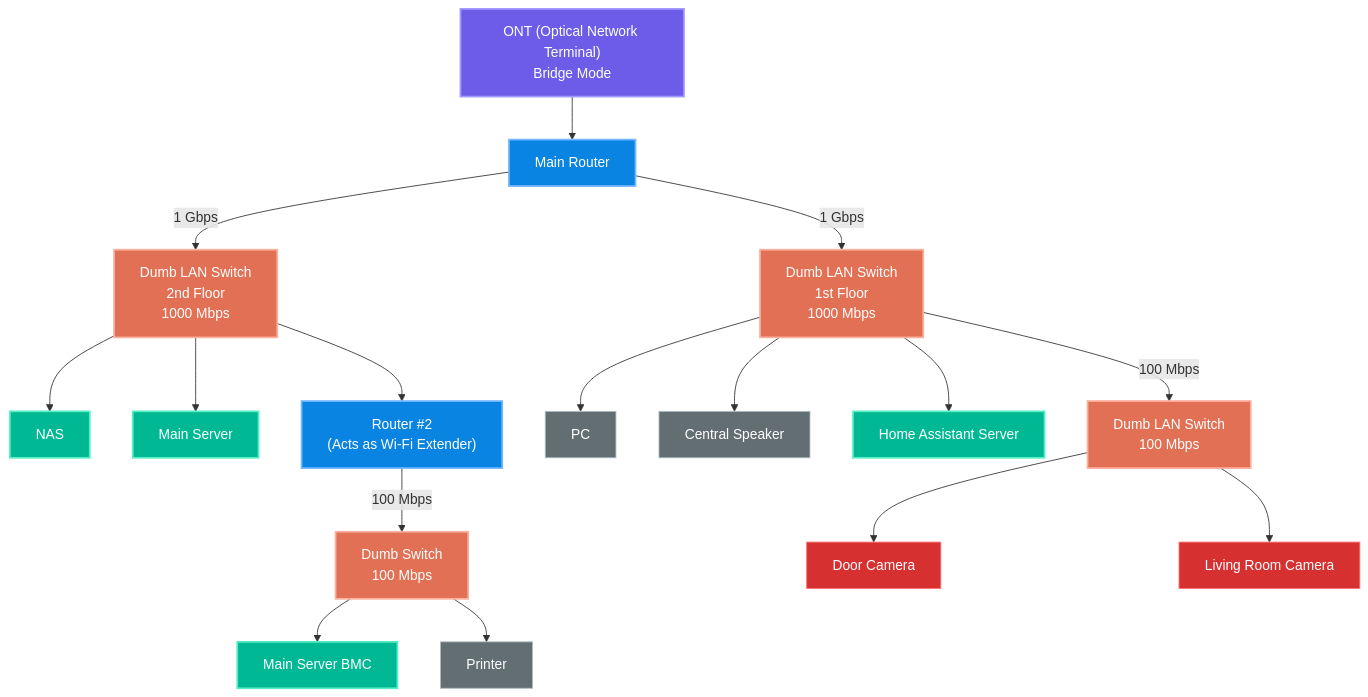
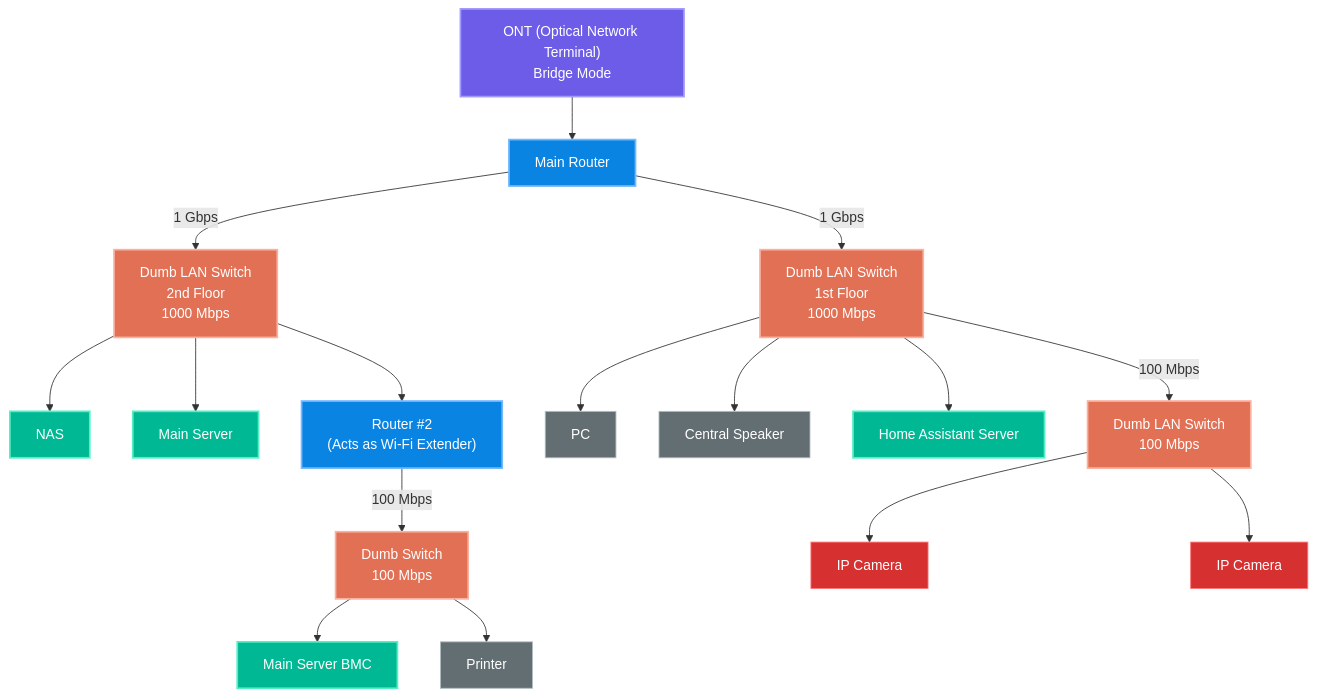
One commit to leodenglovescode/leodeng.dev changed the diagram in src/posts/explaining-my-weird-home-network-services-setup.md. Above: the diagram before and after it, drawn with Mermaid. The commit also changed other lines of this file and 3 other files, not shown here.

````diff
--- a/src/posts/explaining-my-weird-home-network-services-setup.md
+++ b/src/posts/explaining-my-weird-home-network-services-setup.md
@@ -16,67 +16,67 @@
 ```mermaid
 
 	%%{init: {"flowchart": {"useMaxWidth": true}}}%%
 	flowchart TD
 
     ONT["ONT (Optical Network Terminal)<br/>Bridge Mode"]
     BE3["Main Router"]
 
     ONT --> BE3
 
     %% Second Floor
     SW2F["Dumb LAN Switch<br/>2nd Floor<br/>1000 Mbps"]
 
     NAS["NAS"]
     SERVER["Main Server"]
     Q2["Router #2<br/>(Acts as Wi-Fi Extender)"]
     SW2F100["Dumb Switch<br/>100 Mbps"]
 
     BMC["Main Server BMC"]
     PRINTER["Printer"]
 
     BE3 -->|1 Gbps| SW2F
 
     SW2F --> NAS
     SW2F --> SERVER
     SW2F --> Q2
 
     Q2 -->|100 Mbps| SW2F100
     SW2F100 --> BMC
     SW2F100 --> PRINTER
 
     %% First Floor
     SW1F["Dumb LAN Switch<br/>1st Floor<br/>1000 Mbps"]
 
     WINPC["PC"]
     BOSE["Central Speaker"]
     HA["Home Assistant Server"]
     SW1F100["Dumb LAN Switch<br/>100 Mbps"]
 
-    DOORCAM["Door Camera"]
-    LRCAM["Living Room Camera"]
+    DOORCAM["IP Camera"]
+    LRCAM["IP Camera"]
 
     BE3 -->|1 Gbps| SW1F
 
     SW1F --> WINPC
     SW1F --> BOSE
     SW1F --> HA
     SW1F -->|100 Mbps| SW1F100
 
     SW1F100 --> DOORCAM
     SW1F100 --> LRCAM
 
     %% Styling
     classDef wan fill:#6c5ce7,stroke:#a29bfe,color:#fff,stroke-width:2px
     classDef router fill:#0984e3,stroke:#74b9ff,color:#fff,stroke-width:2px
     classDef switch fill:#e17055,stroke:#fab1a0,color:#fff,stroke-width:2px
     classDef server fill:#00b894,stroke:#55efc4,color:#fff,stroke-width:2px
     classDef endpoint fill:#636e72,stroke:#b2bec3,color:#fff
     classDef camera fill:#d63031,stroke:#ff7675,color:#fff
 
     class ONT wan
     class BE3,Q2 router
     class SW2F,SW2F100,SW1F,SW1F100 switch
     class NAS,SERVER,BMC,HA server
     class WINPC,BOSE,PRINTER endpoint
     class DOORCAM,LRCAM camera
 ```
````
